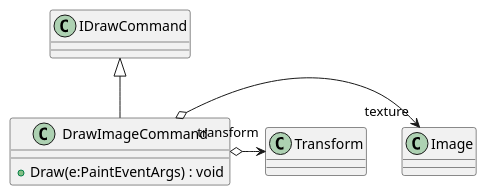
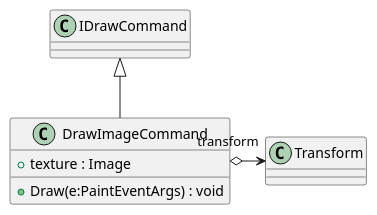
Before and after one commit to Reroll-inc/sweeper-rpg: the diagram in uml/EngineGDI/Src/Drawing/DrawImageCommand.puml, drawn with PlantUML. The commit also changed 63 other files, not shown here.

```diff
--- a/uml/EngineGDI/Src/Drawing/DrawImageCommand.puml
+++ b/uml/EngineGDI/Src/Drawing/DrawImageCommand.puml
@@ -1,8 +1,6 @@
-@startuml
 class DrawImageCommand {
+    + texture : Image
     + Draw(e:PaintEventArgs) : void
 }
 IDrawCommand <|-- DrawImageCommand
-DrawImageCommand o-> "texture" Image
 DrawImageCommand o-> "transform" Transform
-@enduml
```
